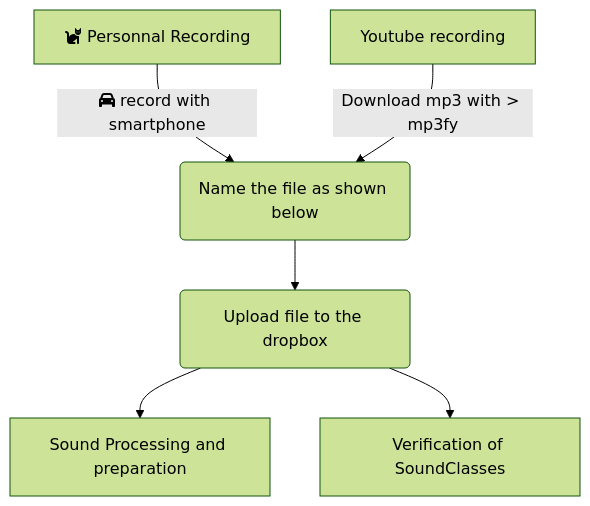
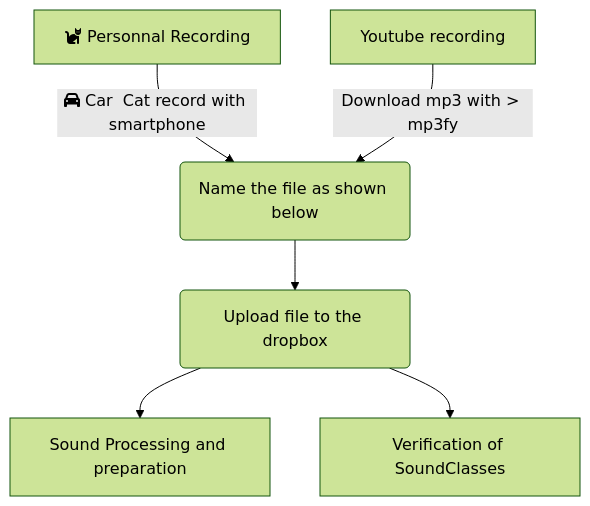
Before and after one commit to FrogBoss74/RealCatTranslator: the diagram in README.md, drawn with Mermaid (forest theme). The commit also changed other lines of this file, not shown here.

````diff
--- a/README.md
+++ b/README.md
@@ -24,8 +24,8 @@
 ```mermaid
 graph TD
-A1[fa:fa-cat Personnal Recording] -->|fa:fa-car record with smartphone| B(Name the file as shown below)
+A1[fa:fa-cat Personnal Recording] -->|fa:fa-car Car  Cat record with smartphone| B(Name the file as shown below)
 A2[Youtube recording] -->|Download mp3 with > mp3fy| B
 B --> C(Upload file to the dropbox)
 C -->D1[Sound Processing and preparation]
 C -->D2[Verification of SoundClasses]
 ```
````
